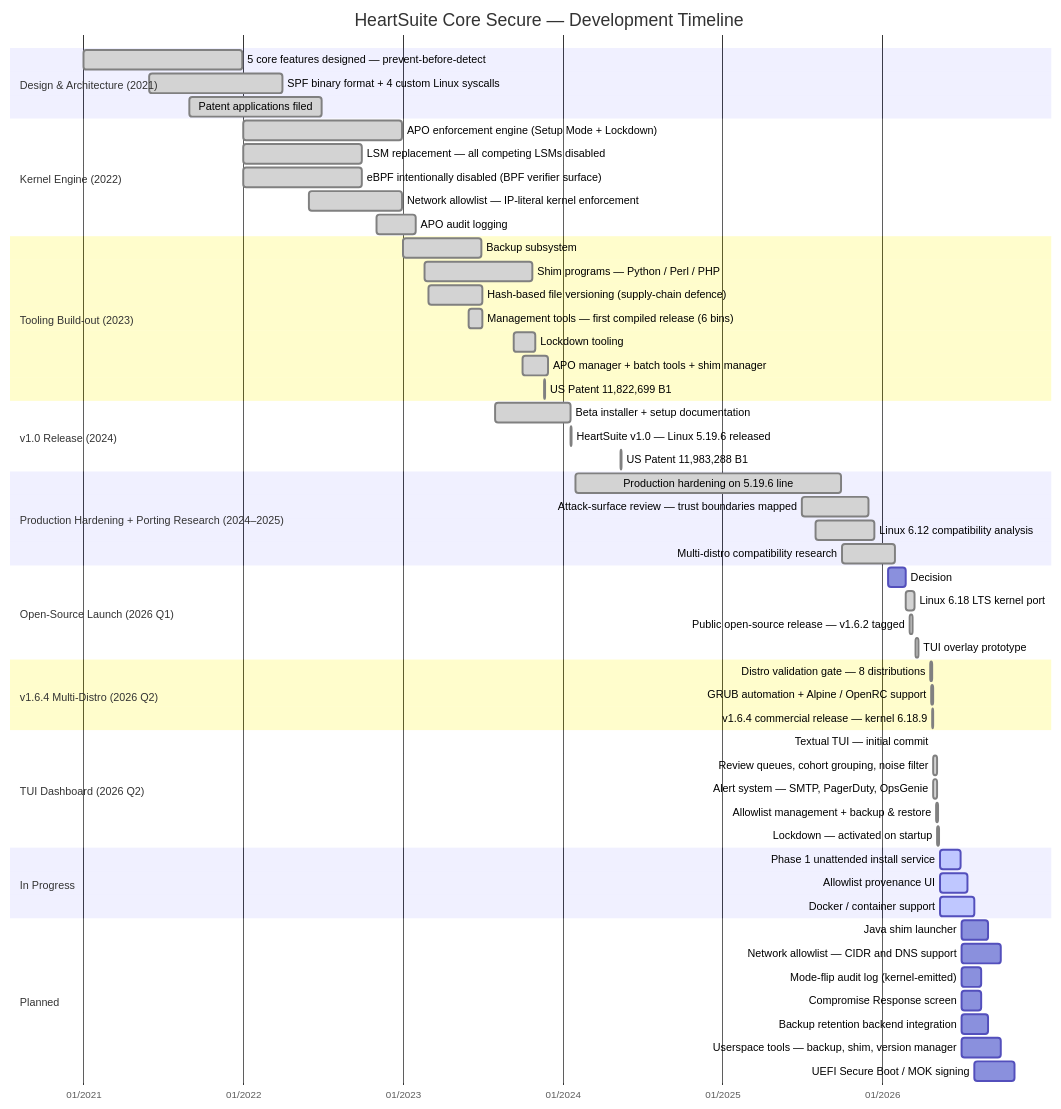
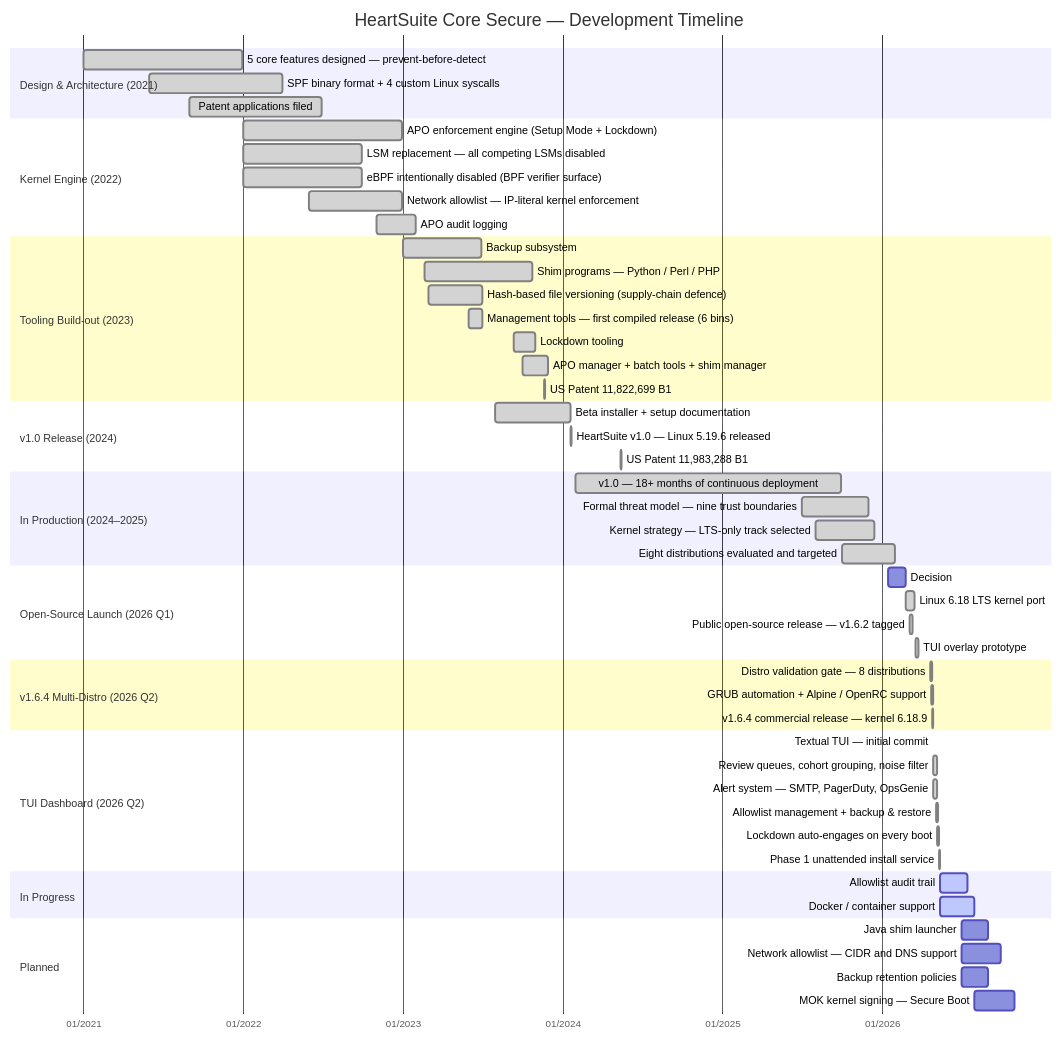
One commit to HeartSecuritySuite/heartsuite-docs changed the diagram in content/en/docs/roadmap/_index.md. Above: the diagram before and after it, drawn with Mermaid. The commit also changed other lines of this file, not shown here.

First line of the commit message:
docs(roadmap): prospect-facing polish pass

````diff
--- a/content/en/docs/roadmap/_index.md
+++ b/content/en/docs/roadmap/_index.md
@@ -21,70 +21,67 @@
 ```mermaid
 gantt
     title HeartSuite Core Secure — Development Timeline
     dateFormat YYYY-MM-DD
     axisFormat %m/%Y
 
     section Design & Architecture (2021)
     5 core features designed — prevent-before-detect  :done, 2021-01-01, 2021-12-31
     SPF binary format + 4 custom Linux syscalls        :done, 2021-06-01, 2022-03-31
     Patent applications filed                          :done, 2021-09-01, 2022-06-30
 
     section Kernel Engine (2022)
     APO enforcement engine (Setup Mode + Lockdown)     :done, 2022-01-01, 2022-12-31
     LSM replacement — all competing LSMs disabled      :done, 2022-01-01, 2022-09-30
     eBPF intentionally disabled (BPF verifier surface) :done, 2022-01-01, 2022-09-30
     Network allowlist — IP-literal kernel enforcement  :done, 2022-06-01, 2022-12-31
     APO audit logging                                  :done, 2022-11-01, 2023-01-31
 
     section Tooling Build-out (2023)
     Backup subsystem                                  :done, 2023-01-01, 2023-06-30
     Shim programs — Python / Perl / PHP               :done, 2023-02-20, 2023-10-25
     Hash-based file versioning (supply-chain defence) :done, 2023-03-01, 2023-07-01
     Management tools — first compiled release (6 bins) :done, 2023-06-01, 2023-07-01
     Lockdown tooling                                  :done, 2023-09-11, 2023-10-31
     APO manager + batch tools + shim manager          :done, 2023-10-01, 2023-11-30
     US Patent 11,822,699 B1                           :done, 2023-11-21, 2023-11-22
 
     section v1.0 Release (2024)
     Beta installer + setup documentation              :done, 2023-07-31, 2024-01-20
     HeartSuite v1.0 — Linux 5.19.6 released           :done, 2024-01-20, 2024-01-21
     US Patent 11,983,288 B1                           :done, 2024-05-14, 2024-05-15
 
-    section Production Hardening + Porting Research (2024–2025)
-    Production hardening on 5.19.6 line               :done, 2024-02-01, 2025-09-30
-    Attack-surface review — trust boundaries mapped    :done, 2025-07-01, 2025-11-30
-    Linux 6.12 compatibility analysis                 :done, 2025-08-01, 2025-12-15
-    Multi-distro compatibility research               :done, 2025-10-01, 2026-01-31
+    section In Production (2024–2025)
+    v1.0 — 18+ months of continuous deployment        :done, 2024-02-01, 2025-09-30
+    Formal threat model — nine trust boundaries       :done, 2025-07-01, 2025-11-30
+    Kernel strategy — LTS-only track selected         :done, 2025-08-01, 2025-12-15
+    Eight distributions evaluated and targeted        :done, 2025-10-01, 2026-01-31
 
     section Open-Source Launch (2026 Q1)
     Decision: target Linux 6.18 LTS instead           :done, 2026-01-15, 2026-02-24
     Linux 6.18 LTS kernel port                        :done, 2026-02-25, 2026-03-17
     Public open-source release — v1.6.2 tagged        :done, 2026-03-05, 2026-03-12
     TUI overlay prototype                             :done, 2026-03-18, 2026-03-26
 
     section v1.6.4 Multi-Distro (2026 Q2)
     Distro validation gate — 8 distributions          :done, 2026-04-22, 2026-04-26
     GRUB automation + Alpine / OpenRC support         :done, 2026-04-23, 2026-04-29
     v1.6.4 commercial release — kernel 6.18.9         :done, 2026-04-26, 2026-04-27
 
     section TUI Dashboard (2026 Q2)
     Textual TUI — initial commit                      :done, 2026-04-28, 2026-04-29
     Review queues, cohort grouping, noise filter      :done, 2026-04-28, 2026-05-07
     Alert system — SMTP, PagerDuty, OpsGenie          :done, 2026-04-28, 2026-05-07
     Allowlist management + backup & restore           :done, 2026-05-04, 2026-05-10
-    Lockdown — activated on startup                   :done, 2026-05-07, 2026-05-12
+    Lockdown auto-engages on every boot               :done, 2026-05-07, 2026-05-12
+    Phase 1 unattended install service                :done, 2026-05-12, 2026-05-14
 
     section In Progress
-    Phase 1 unattended install service                :active, 2026-05-14, 2026-06-30
-    Allowlist provenance UI                           :active, 2026-05-14, 2026-07-15
+    Allowlist audit trail                             :active, 2026-05-14, 2026-07-15
     Docker / container support                        :active, 2026-05-14, 2026-07-31
 
     section Planned
     Java shim launcher                               :2026-07-01, 2026-08-31
     Network allowlist — CIDR and DNS support         :2026-07-01, 2026-09-30
-    Mode-flip audit log (kernel-emitted)             :2026-07-01, 2026-08-15
-    Compromise Response screen                       :2026-07-01, 2026-08-15
-    Backup retention backend integration             :2026-07-01, 2026-08-31
-    Userspace tools — backup, shim, version manager  :2026-07-01, 2026-09-30
-    UEFI Secure Boot / MOK signing                   :2026-08-01, 2026-10-31
+    Backup retention policies                        :2026-07-01, 2026-08-31
+    MOK kernel signing — Secure Boot                 :2026-08-01, 2026-10-31
 ```
````
